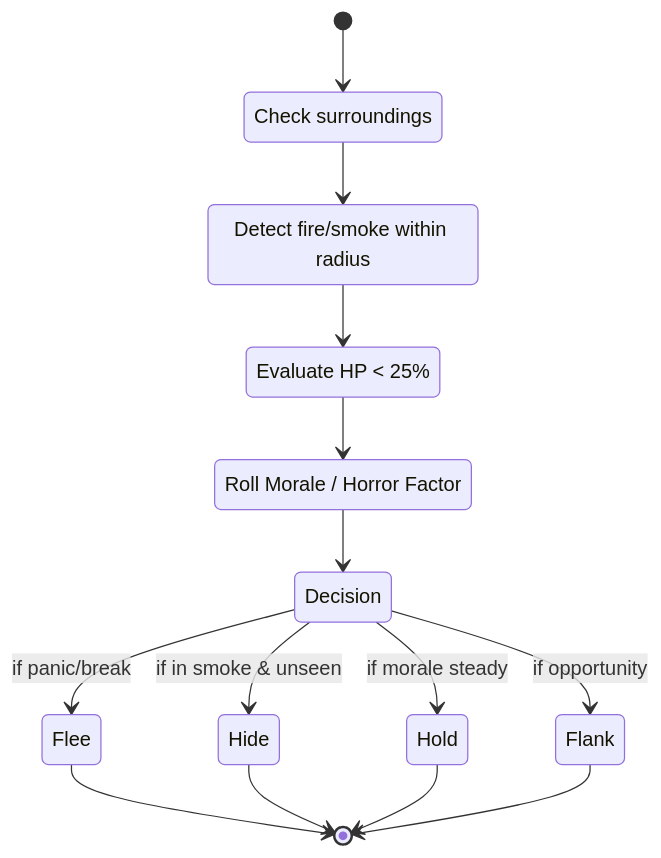
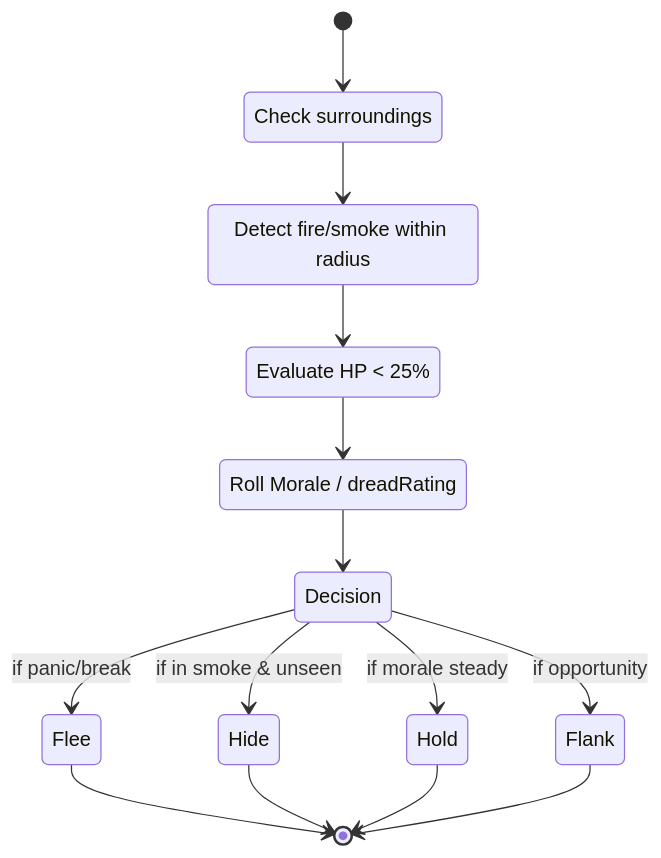
The sixth of 12 diagrams in README.md (Petemeyers/Palladium-Character-Creator), drawn with Mermaid before and after one commit. The commit also changed other lines of this file and 380 other files, not shown here.

````diff
--- a/README.md
+++ b/README.md
@@ -504,20 +504,20 @@
 ```mermaid
 stateDiagram-v2
     [*] --> Scan
     Scan: Check surroundings
     Scan --> HazardCheck
     HazardCheck: Detect fire/smoke within radius
     HazardCheck --> LowHP
     LowHP: Evaluate HP < 25%
     LowHP --> MoraleEval
-    MoraleEval: Roll Morale / Horror Factor
+    MoraleEval: Roll Morale / dreadRating
     MoraleEval --> Decision
     Decision --> Flee: if panic/break
     Decision --> Hide: if in smoke & unseen
     Decision --> Hold: if morale steady
     Decision --> Flank: if opportunity
     Flee --> [*]
     Hide --> [*]
     Hold --> [*]
     Flank --> [*]
 ```
````
